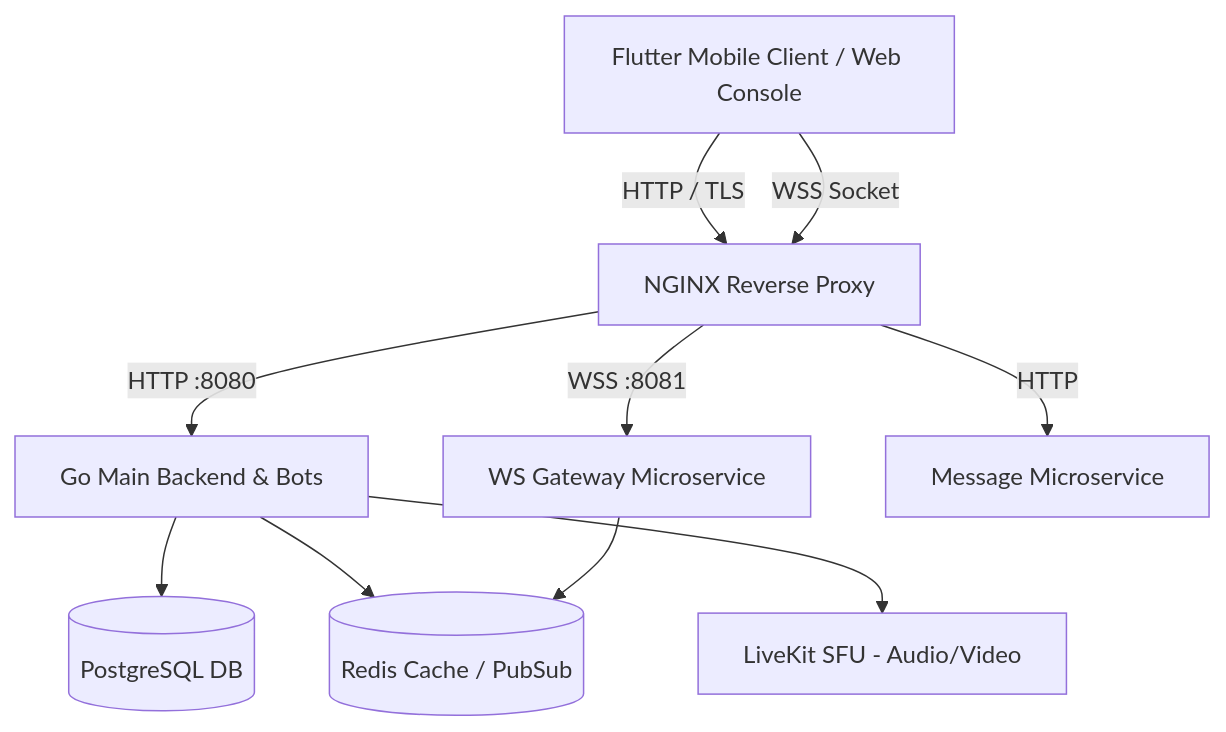
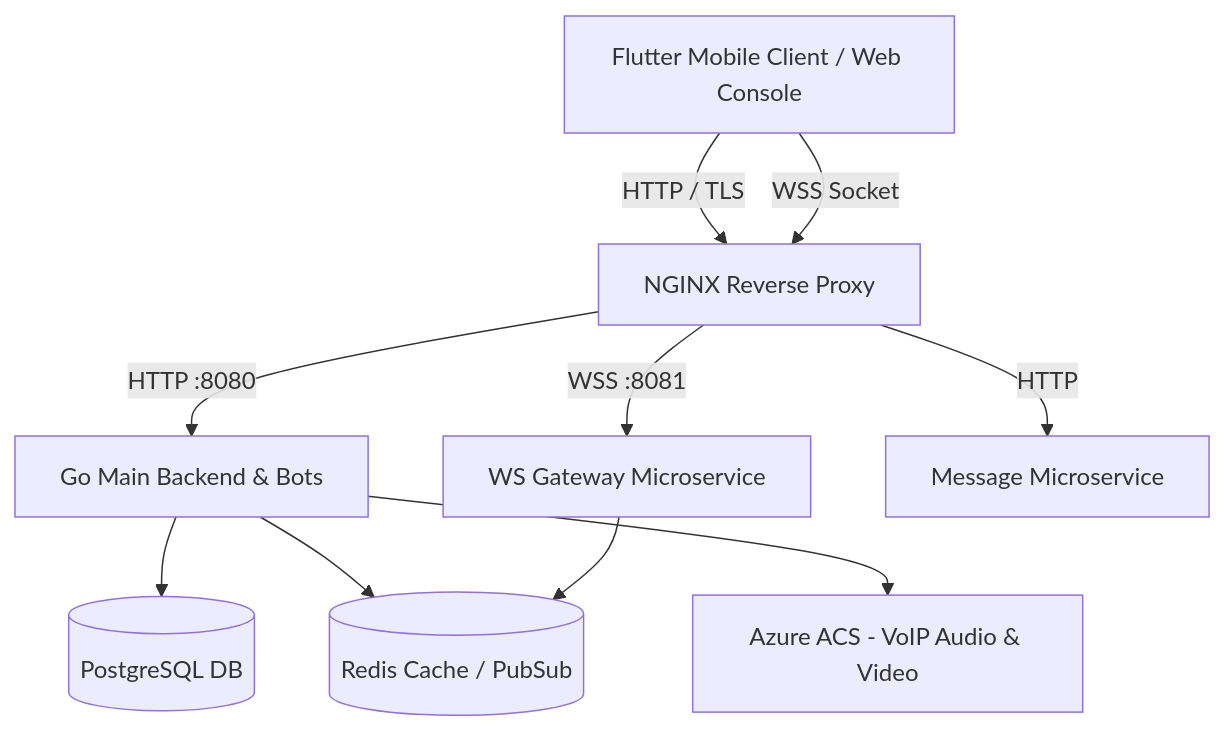
Before and after one commit to Santosh-Prasad-Verma/Flicko: the diagram in CONTRIBUTING.md, drawn with Mermaid. The commit also changed other lines of this file and 225 other files, not shown here.

Commit message:
feat: eliminate legacy LiveKit references, align with Azure ACS VoIP stack, and prune docs (#84)

````diff
--- a/CONTRIBUTING.md
+++ b/CONTRIBUTING.md
@@ -118,14 +112,14 @@
 ```mermaid
 graph TD
     Client[Flutter Mobile Client / Web Console] -->|HTTP / TLS| NGINX[NGINX Reverse Proxy]
     Client -->|WSS Socket| NGINX
     
     NGINX -->|HTTP :8080| Backend[Go Main Backend & Bots]
     NGINX -->|WSS :8081| WSGateway[WS Gateway Microservice]
     NGINX -->|HTTP| MsgService[Message Microservice]
     
     Backend --> Postgres[(PostgreSQL DB)]
     Backend --> Redis[(Redis Cache / PubSub)]
     WSGateway --> Redis
-    Backend --> LiveKit[LiveKit SFU - Audio/Video]
+    Backend --> AzureACS[Azure ACS - VoIP Audio & Video]
 ```
````
